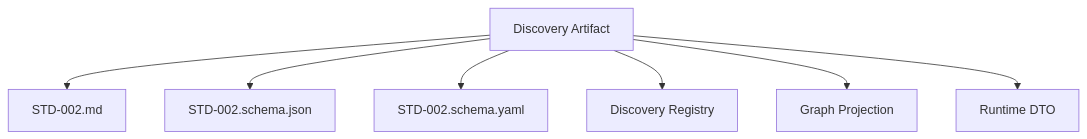
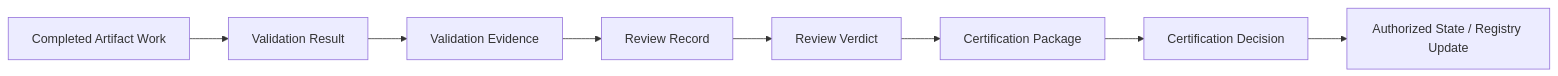
The ninth of 13 diagrams in docs/AI/Meta/M.1-Artifact-Meta-Model.md (doallon/forge-ai), drawn with Mermaid before and after one commit. The commit also changed other lines of this file, not shown here.

Commit message:
Align M.1 artifact meta model

````diff
--- a/docs/AI/Meta/M.1-Artifact-Meta-Model.md
+++ b/docs/AI/Meta/M.1-Artifact-Meta-Model.md
@@ -1370,9 +558,10 @@
 ```mermaid
-graph TD
-    DA["Discovery Artifact"] --> S1["STD-002.md"]
-    DA --> S2["STD-002.schema.json"]
-    DA --> S3["STD-002.schema.yaml"]
-    DA --> S4["Discovery Registry"]
-    DA --> S5["Graph Projection"]
-    DA --> S6["Runtime DTO"]
+graph LR
+    WORK["Completed Artifact Work"] --> VAL["Validation Result"]
+    VAL --> EVID["Validation Evidence"]
+    EVID --> REV["Review Record"]
+    REV --> VERDICT["Review Verdict"]
+    VERDICT --> PKG["Certification Package"]
+    PKG --> DEC["Certification Decision"]
+    DEC --> STATE["Authorized State / Registry Update"]
 ```
````
